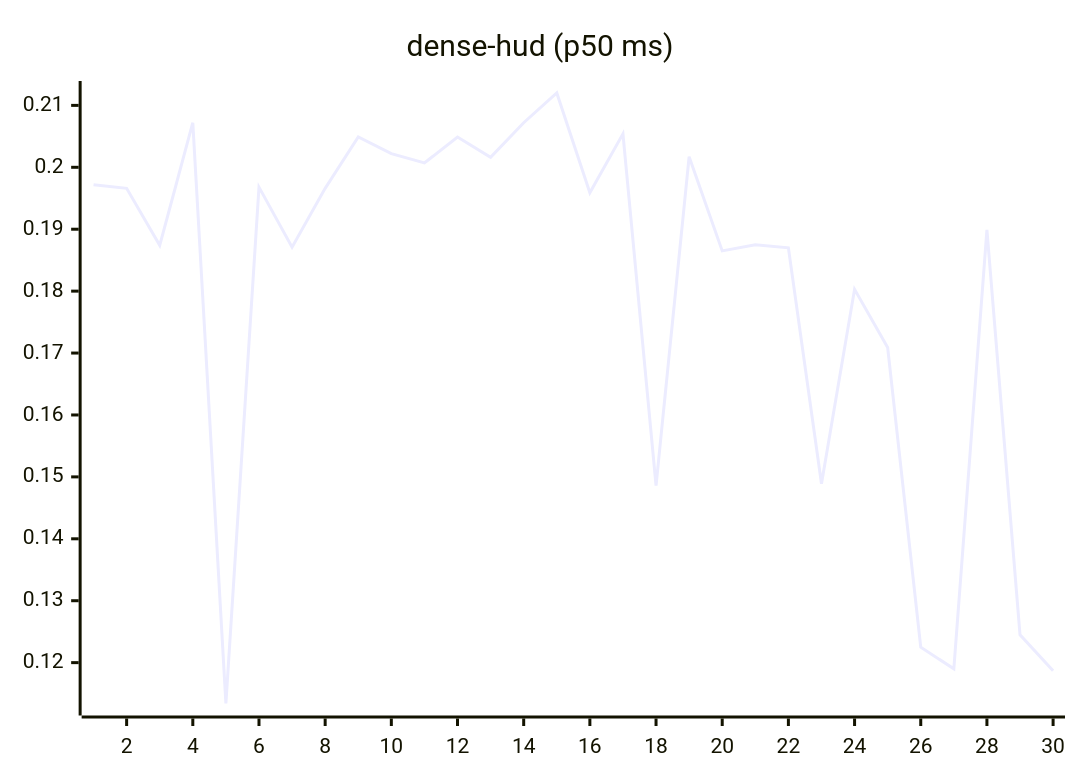
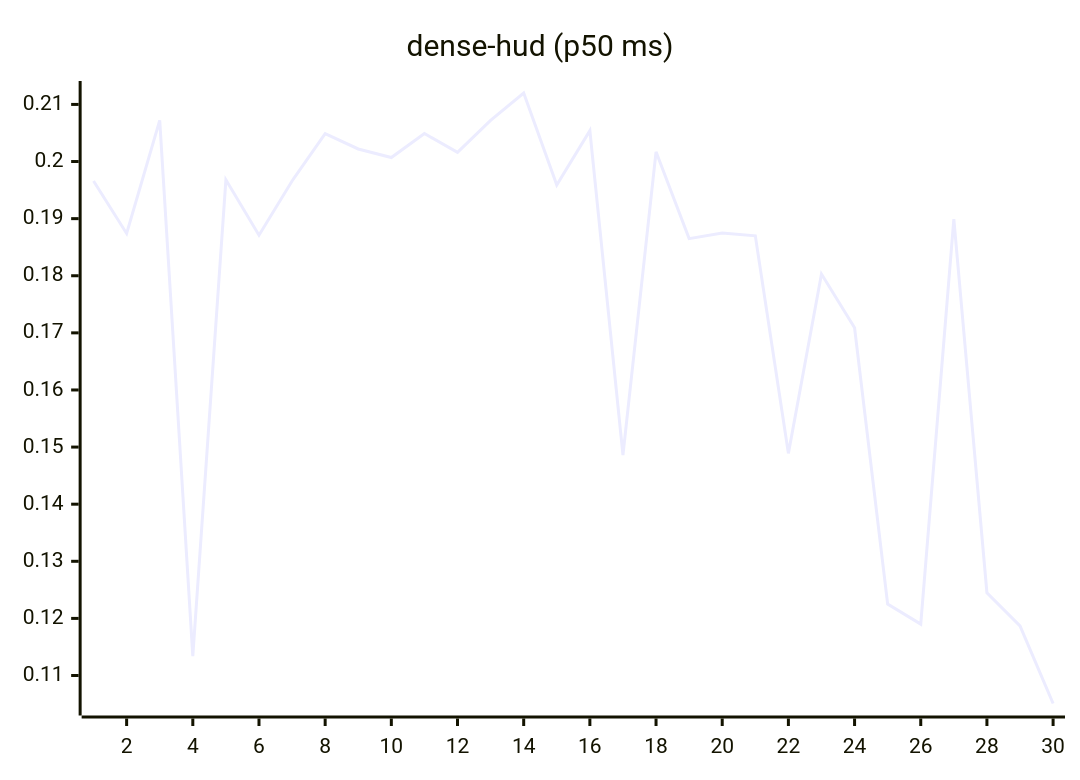
One commit to josha/Facet changed the eighth of 27 diagrams in README.md. Above: the diagram before and after it, drawn with Mermaid. The commit also changed other lines of this file and 2 other files, not shown here.

````diff
--- a/README.md
+++ b/README.md
@@ -112,6 +112,6 @@
 ```mermaid
 xychart-beta
     title "dense-hud (p50 ms)"
     x-axis 1 --> 30
-    line [0.1972, 0.1966, 0.1874, 0.2072, 0.1134, 0.1968, 0.1871, 0.1966, 0.2049, 0.2022, 0.2007, 0.2049, 0.2016, 0.2072, 0.2120, 0.1959, 0.2054, 0.1486, 0.2017, 0.1865, 0.1875, 0.1870, 0.1489, 0.1803, 0.1709, 0.1225, 0.1190, 0.1899, 0.1245, 0.1187]
+    line [0.1966, 0.1874, 0.2072, 0.1134, 0.1968, 0.1871, 0.1966, 0.2049, 0.2022, 0.2007, 0.2049, 0.2016, 0.2072, 0.2120, 0.1959, 0.2054, 0.1486, 0.2017, 0.1865, 0.1875, 0.1870, 0.1489, 0.1803, 0.1709, 0.1225, 0.1190, 0.1899, 0.1245, 0.1187, 0.1051]
 ```
````
